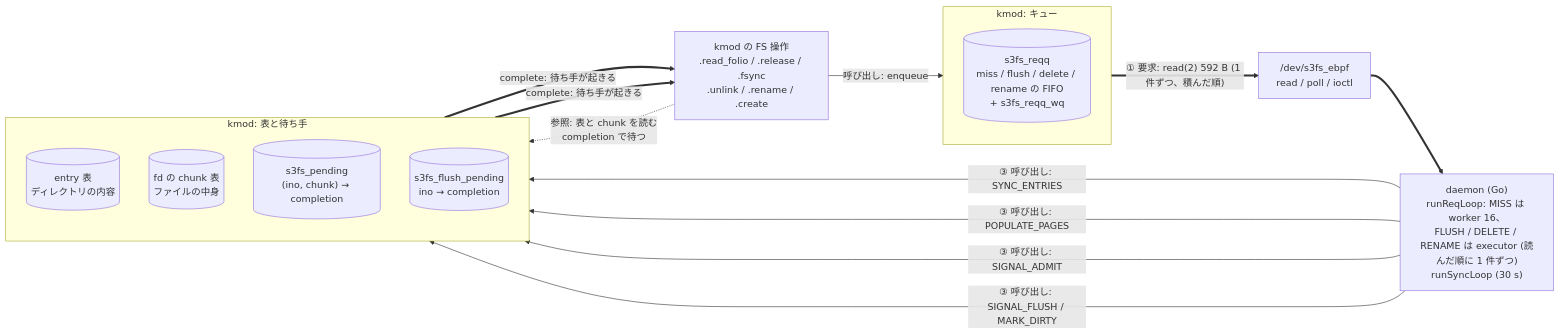
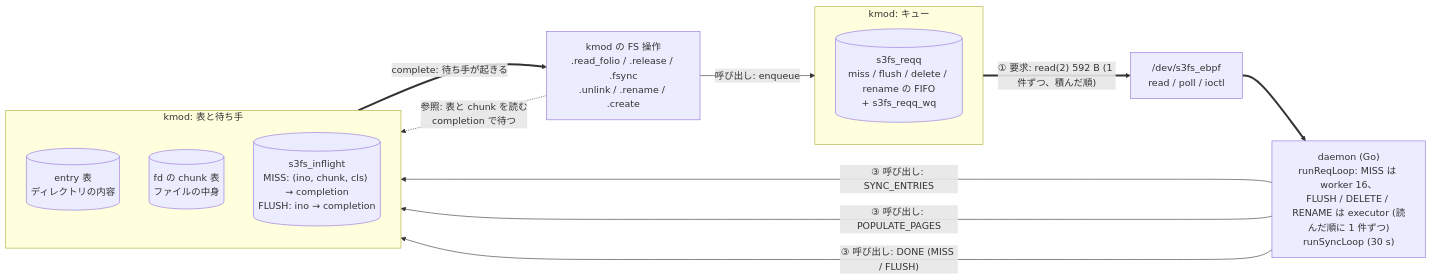
One commit to masu-mi/s3fs-ebpf changed the first of 5 diagrams in docs/design/daemon-kmod-messaging.md. Above: the diagram before and after it, drawn with Mermaid. The commit also changed other lines of this file and 33 other files, not shown here.

First line of the commit message:
v2 Phase 4 (part 3): one inflight table and one DONE ioctl; fsync waits for an in-flight flush (AC-96)

````diff
--- a/docs/design/daemon-kmod-messaging.md
+++ b/docs/design/daemon-kmod-messaging.md
@@ -11,32 +11,29 @@
 ```mermaid
 flowchart LR
     FS["kmod の FS 操作<br/>.read_folio / .release / .fsync<br/>.unlink / .rename / .create"]
 
     subgraph Q["kmod: キュー"]
       direction TB
       RQ[("s3fs_reqq<br/>miss / flush / delete / rename の FIFO<br/>+ s3fs_reqq_wq")]
     end
 
     DEV["/dev/s3fs_ebpf<br/>read / poll / ioctl"]
 
     D["daemon (Go)<br/>runReqLoop: MISS は worker 16、<br/>FLUSH / DELETE / RENAME は executor (読んだ順に 1 件ずつ)<br/>runSyncLoop (30 s)"]
 
     subgraph T["kmod: 表と待ち手"]
       direction TB
       EN[("entry 表<br/>ディレクトリの内容")]
       CH[("fd の chunk 表<br/>ファイルの中身")]
-      PD[("s3fs_pending<br/>(ino, chunk) → completion")]
-      FP[("s3fs_flush_pending<br/>ino → completion")]
+      PD[("s3fs_inflight<br/>MISS: (ino, chunk, cls) → completion<br/>FLUSH: ino → completion")]
     end
 
     FS -->|"呼び出し: enqueue"| Q
     FS -.->|"参照: 表と chunk を読む<br/>completion で待つ"| T
     RQ ==>|"① 要求: read(2) 592 B (1 件ずつ、積んだ順)"| DEV
     DEV ==> D
     D -->|"③ 呼び出し: SYNC_ENTRIES"| EN
     D -->|"③ 呼び出し: POPULATE_PAGES"| CH
-    D -->|"③ 呼び出し: SIGNAL_ADMIT"| PD
-    D -->|"③ 呼び出し: SIGNAL_FLUSH / MARK_DIRTY"| FP
+    D -->|"③ 呼び出し: DONE (MISS / FLUSH)"| PD
     PD ==>|"complete: 待ち手が起きる"| FS
-    FP ==>|"complete: 待ち手が起きる"| FS
 ```
````
